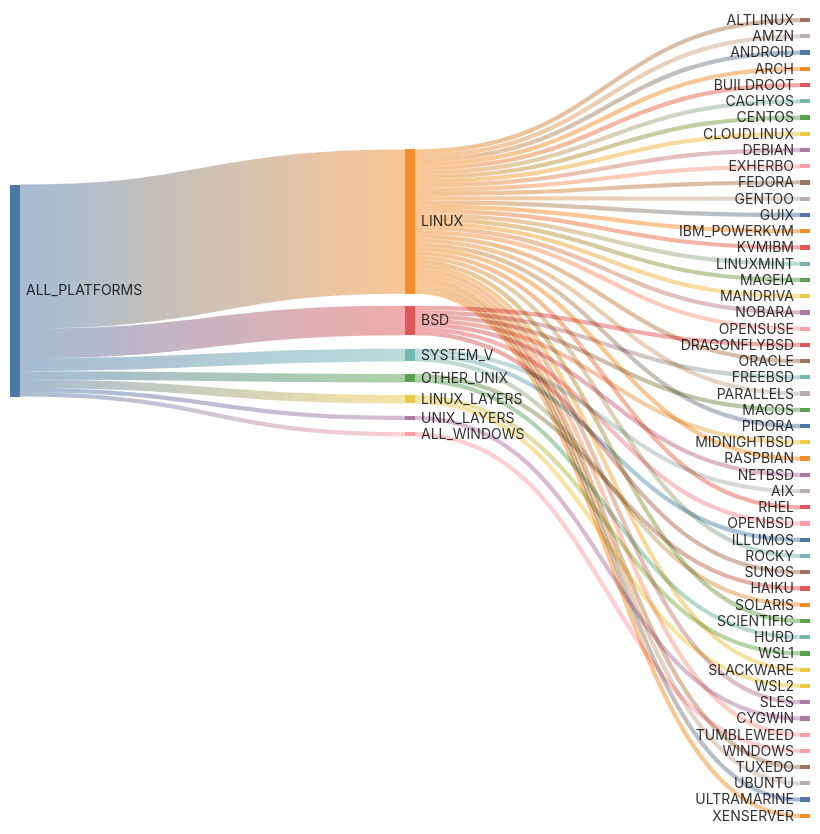
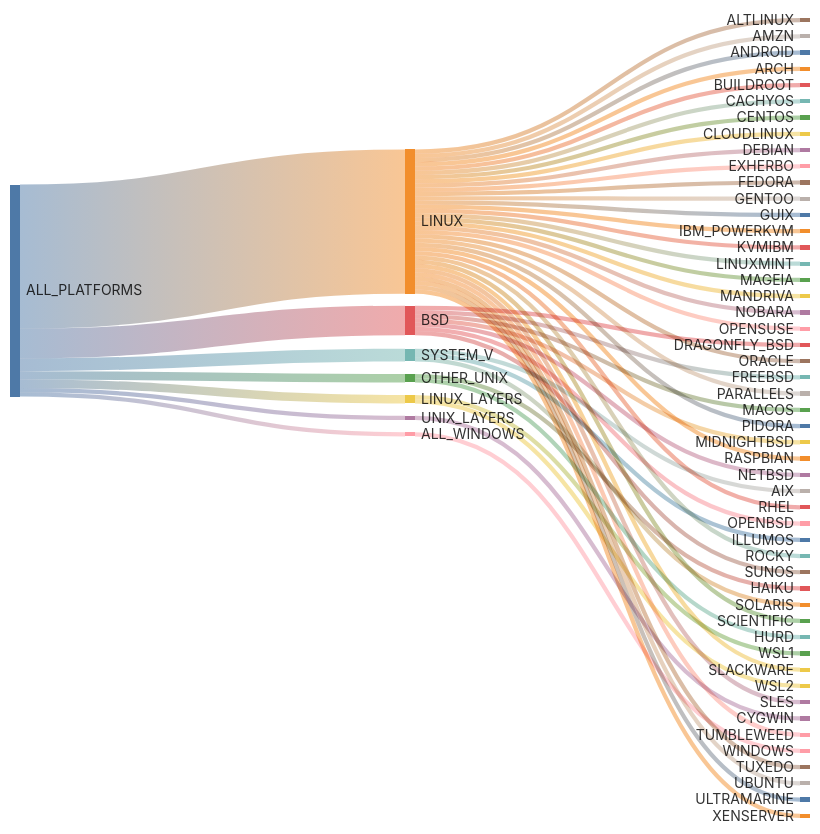
The first of 2 diagrams in docs/platforms.md (kdeldycke/extra-platforms), drawn with Mermaid before and after one commit. The commit also changed other lines of this file and 7 other files, not shown here.

````diff
--- a/docs/platforms.md
+++ b/docs/platforms.md
@@ -143,64 +148,64 @@
 ```mermaid
 ---
 config: {"sankey": {"showValues": false, "width": 800, "height": 800}}
 ---
 sankey-beta
 
 ALL_PLATFORMS,LINUX,34
 ALL_PLATFORMS,BSD,7
 ALL_PLATFORMS,SYSTEM_V,3
 ALL_PLATFORMS,OTHER_UNIX,2
 ALL_PLATFORMS,LINUX_LAYERS,2
 ALL_PLATFORMS,UNIX_LAYERS,1
 ALL_PLATFORMS,ALL_WINDOWS,1
 LINUX,ALTLINUX,1
 LINUX,AMZN,1
 LINUX,ANDROID,1
 LINUX,ARCH,1
 LINUX,BUILDROOT,1
 LINUX,CACHYOS,1
 LINUX,CENTOS,1
 LINUX,CLOUDLINUX,1
 LINUX,DEBIAN,1
 LINUX,EXHERBO,1
 LINUX,FEDORA,1
 LINUX,GENTOO,1
 LINUX,GUIX,1
 LINUX,IBM_POWERKVM,1
 LINUX,KVMIBM,1
 LINUX,LINUXMINT,1
 LINUX,MAGEIA,1
 LINUX,MANDRIVA,1
 LINUX,NOBARA,1
 LINUX,OPENSUSE,1
 LINUX,ORACLE,1
 LINUX,PARALLELS,1
 LINUX,PIDORA,1
 LINUX,RASPBIAN,1
 LINUX,RHEL,1
 LINUX,ROCKY,1
 LINUX,SCIENTIFIC,1
 LINUX,SLACKWARE,1
 LINUX,SLES,1
 LINUX,TUMBLEWEED,1
 LINUX,TUXEDO,1
 LINUX,UBUNTU,1
 LINUX,ULTRAMARINE,1
 LINUX,XENSERVER,1
-BSD,DRAGONFLYBSD,1
+BSD,DRAGONFLY_BSD,1
 BSD,FREEBSD,1
 BSD,MACOS,1
 BSD,MIDNIGHTBSD,1
 BSD,NETBSD,1
 BSD,OPENBSD,1
 BSD,SUNOS,1
 SYSTEM_V,AIX,1
 SYSTEM_V,ILLUMOS,1
 SYSTEM_V,SOLARIS,1
 OTHER_UNIX,HAIKU,1
 OTHER_UNIX,HURD,1
 LINUX_LAYERS,WSL1,1
 LINUX_LAYERS,WSL2,1
 UNIX_LAYERS,CYGWIN,1
 ALL_WINDOWS,WINDOWS,1
 ```
````
